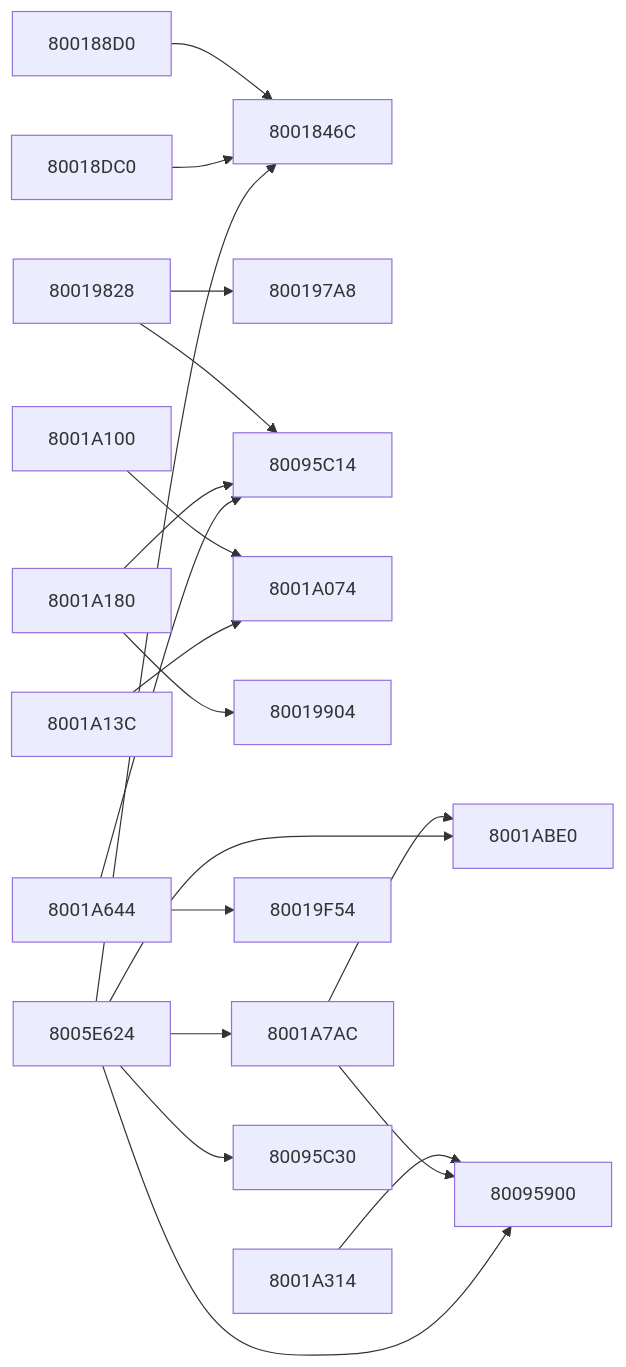
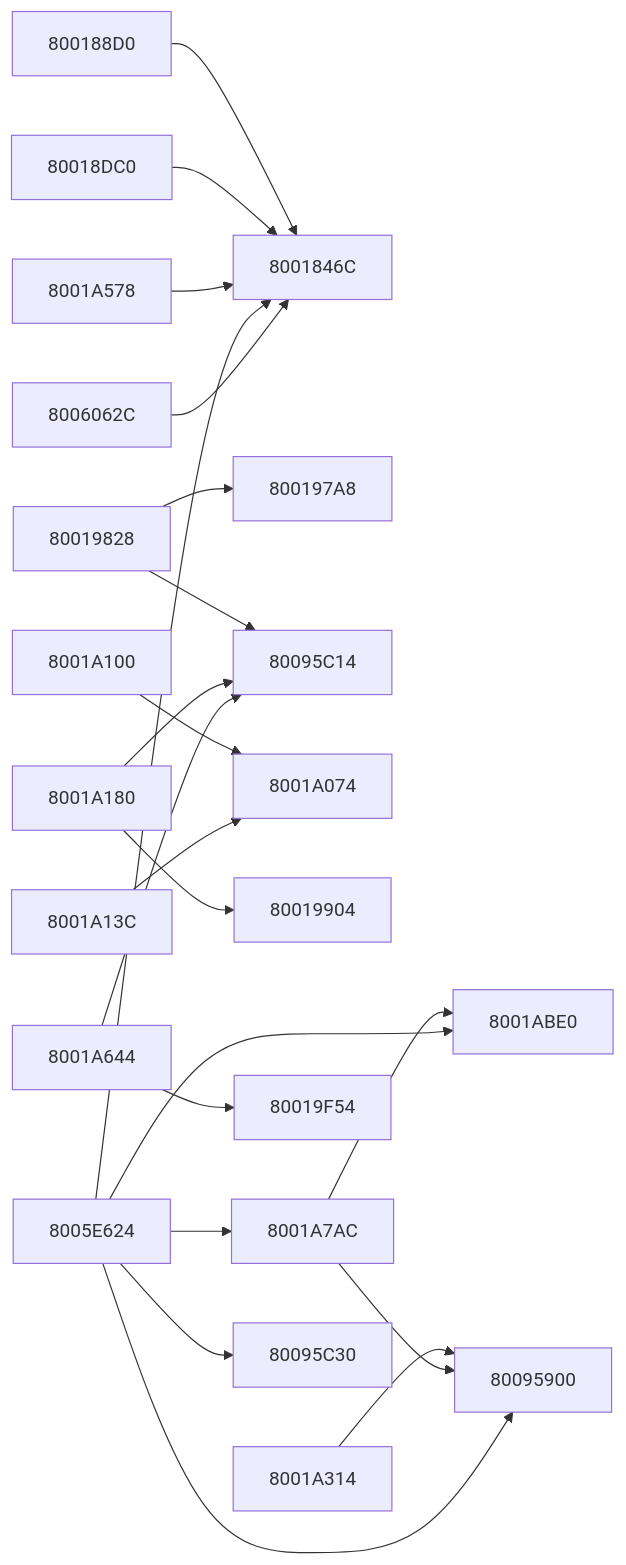
One commit to kai-luni/Future-Cop-L.A.P.D-PS1 changed the tenth of 11 diagrams in docs/FUNCTION_MAP.md. Above: the diagram before and after it, drawn with Mermaid. The commit also changed other lines of this file, not shown here.

````diff
--- a/docs/FUNCTION_MAP.md
+++ b/docs/FUNCTION_MAP.md
@@ -2655,40 +3349,44 @@
 ```mermaid
 graph LR
     f800188d0 --> f8001846c
     f80018dc0 --> f8001846c
     f80019828 --> f800197a8
     f80019828 --> f80095c14
     f8001a100 --> f8001a074
     f8001a13c --> f8001a074
     f8001a180 --> f80019904
     f8001a180 --> f80095c14
     f8001a314 --> f80095900
+    f8001a578 --> f8001846c
     f8001a644 --> f80019f54
     f8001a644 --> f80095c14
     f8001a7ac --> f8001abe0
     f8001a7ac --> f80095900
     f8005e624 --> f8001846c
     f8005e624 --> f8001a7ac
     f8005e624 --> f8001abe0
     f8005e624 --> f80095900
     f8005e624 --> f80095c30
+    f8006062c --> f8001846c
     f8001846c["8001846C"]
     f800188d0["800188D0"]
     f80018dc0["80018DC0"]
     f800197a8["800197A8"]
     f80019828["80019828"]
     f80019904["80019904"]
     f80019f54["80019F54"]
     f8001a074["8001A074"]
     f8001a100["8001A100"]
     f8001a13c["8001A13C"]
     f8001a180["8001A180"]
     f8001a314["8001A314"]
+    f8001a578["8001A578"]
     f8001a644["8001A644"]
     f8001a7ac["8001A7AC"]
     f8001abe0["8001ABE0"]
     f8005e624["8005E624"]
+    f8006062c["8006062C"]
     f80095900["80095900"]
     f80095c14["80095C14"]
     f80095c30["80095C30"]
 ```
````
